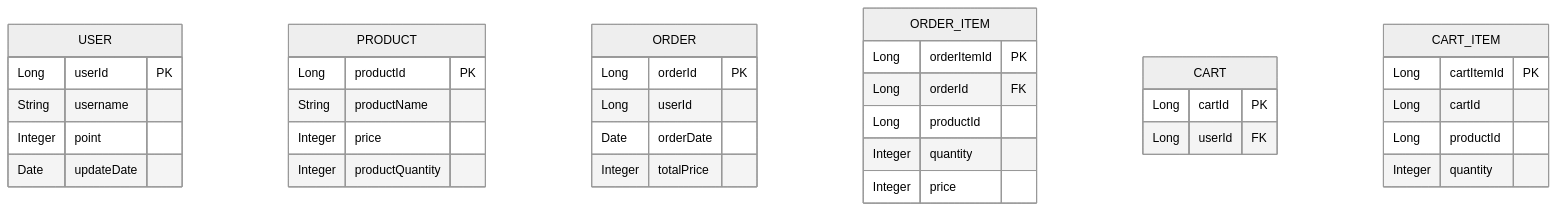
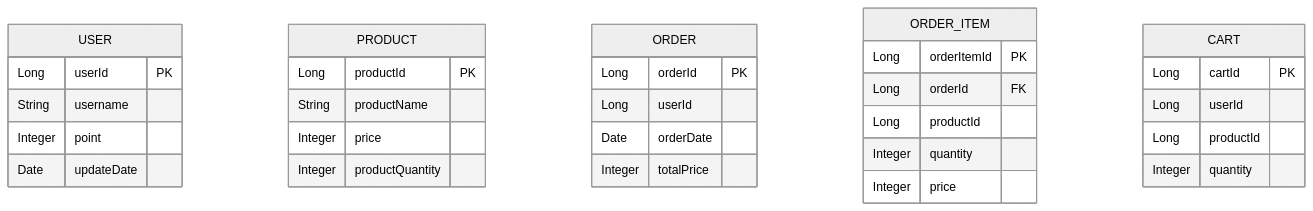
The second of 2 diagrams in README.md (buj6842/eCommerce), drawn with Mermaid (neutral theme) before and after one commit. The commit also changed 30 other files, not shown here.

````diff
--- a/README.md
+++ b/README.md
@@ -45,43 +45,38 @@
 ```mermaid
 erDiagram
     USER { 
         Long userId PK
         String username
         Integer point
         Date updateDate
     }
 
     PRODUCT {
         Long productId PK
         String productName
         Integer price
         Integer productQuantity
     }
 
     ORDER {
         Long orderId PK
         Long userId
         Date orderDate
         Integer totalPrice
     }
 
     ORDER_ITEM {
         Long orderItemId PK
         Long orderId FK
         Long productId
         Integer quantity
         Integer price
     }
     
     CART {
         Long cartId PK
-        Long userId FK
-    }
-
-    CART_ITEM {
-        Long cartItemId PK
-        Long cartId
+        Long userId
         Long productId
         Integer quantity
     }
 ```
````
